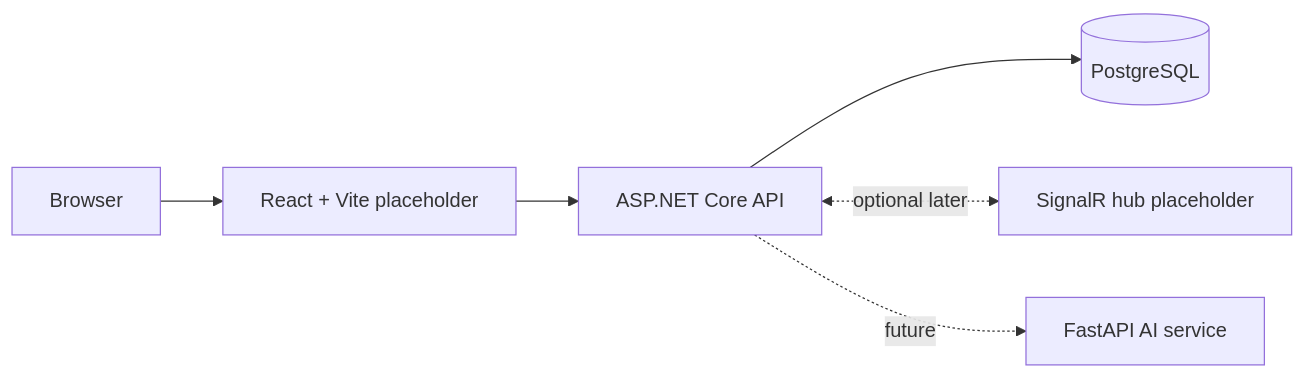
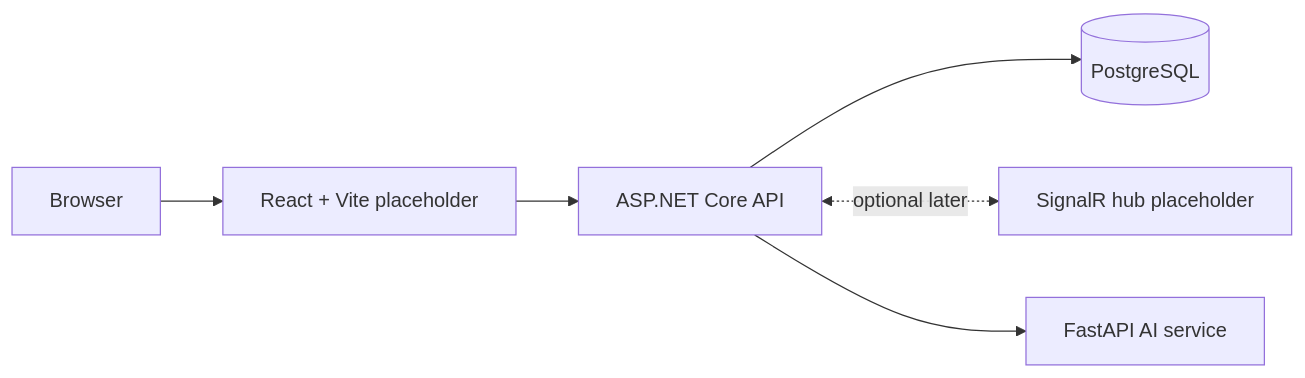
One commit to octavi26/MDS changed the diagram in docs/architecture.md. Above: the diagram before and after it, drawn with Mermaid. The commit also changed other lines of this file and 1 other file, not shown here.

````diff
--- a/docs/architecture.md
+++ b/docs/architecture.md
@@ -5,8 +5,8 @@
 ```mermaid
 flowchart LR
   Browser["Browser"] --> Frontend["React + Vite placeholder"]
   Frontend --> Backend["ASP.NET Core API"]
   Backend --> Database[("PostgreSQL")]
   Backend <-.optional later.-> SignalR["SignalR hub placeholder"]
-  Backend -.future.-> AiService["FastAPI AI service"]
+  Backend --> AiService["FastAPI AI service"]
 ```
````
